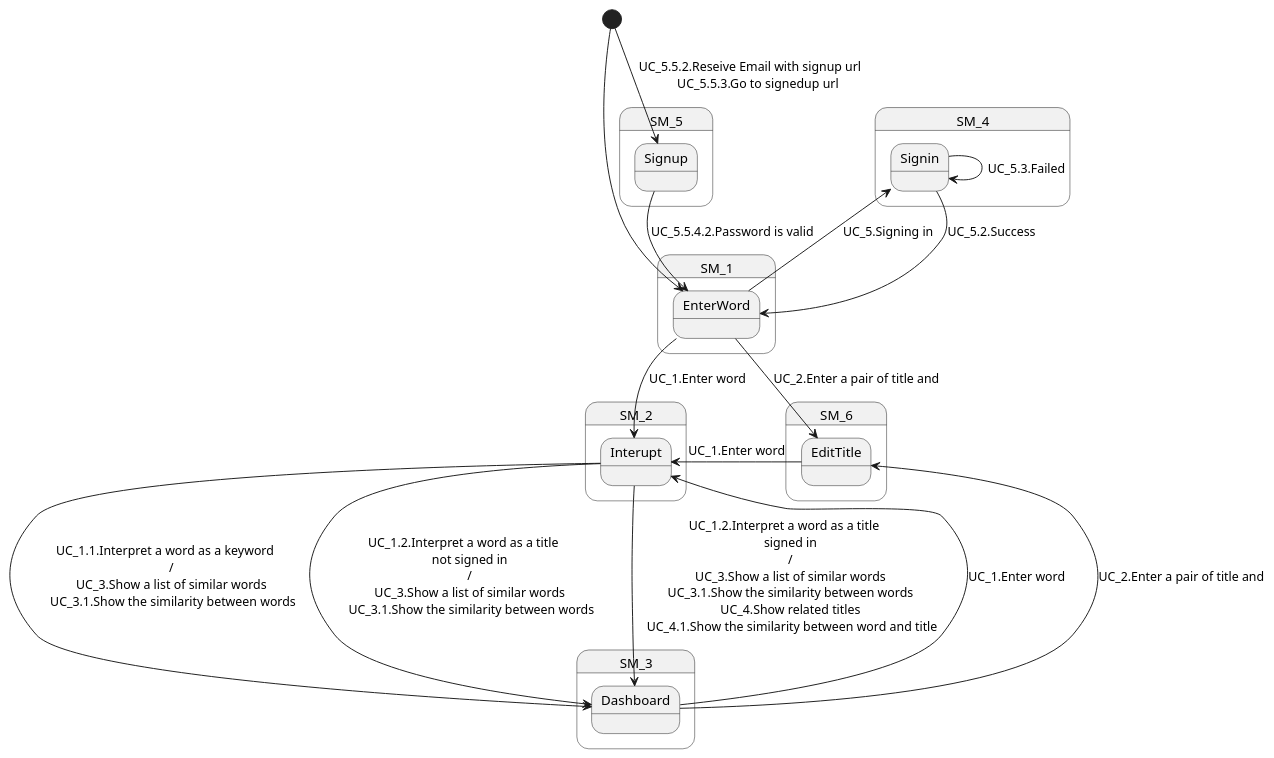
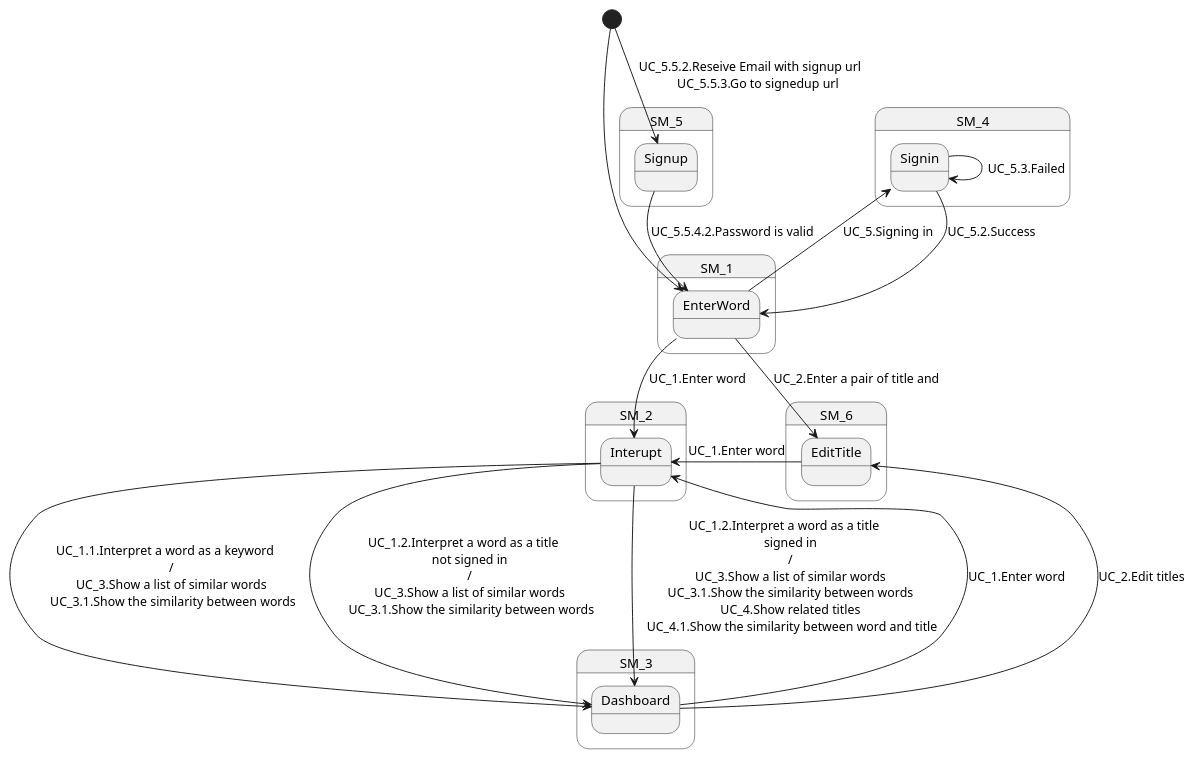
One commit to azarashin/Word2VecSOM changed the diagram in web/doc/state_chart/state.pu. Above: the diagram before and after it, drawn with PlantUML. The commit also changed 3 other files, not shown here.

Commit message:
update diagrams for editing title and keywords.

```diff
--- a/web/doc/state_chart/state.pu
+++ b/web/doc/state_chart/state.pu
@@ -1,46 +1,46 @@
 @startuml
 
 [*] --> SM_1.EnterWord
 [*] --> SM_5.Signup : \
     UC_5.5.2.Reseive Email with signup url \n\
     UC_5.5.3.Go to signedup url
 
 SM_1.EnterWord --> SM_2.Interupt : UC_1.Enter word
 SM_1.EnterWord -up-> SM_4.Signin : UC_5.Signing in
 SM_1.EnterWord --> SM_6.EditTitle : UC_2.Enter a pair of title and
 
 SM_2.Interupt --> SM_3.Dashboard : \
     UC_1.1.Interpret a word as a keyword \n\
     / \n\
     UC_3.Show a list of similar words \n\
     UC_3.1.Show the similarity between words
 
 SM_2.Interupt --> SM_3.Dashboard : \
     UC_1.2.Interpret a word as a title \n\
     not signed in \n\
     / \n\
     UC_3.Show a list of similar words \n\
     UC_3.1.Show the similarity between words
 
 SM_2.Interupt --> SM_3.Dashboard : \
     UC_1.2.Interpret a word as a title \n\
     signed in \n\
     / \n\
     UC_3.Show a list of similar words \n\
     UC_3.1.Show the similarity between words \n\
     UC_4.Show related titles \n\
     UC_4.1.Show the similarity between word and title
 
 
 
 SM_3.Dashboard --> SM_2.Interupt : UC_1.Enter word
-SM_3.Dashboard --> SM_6.EditTitle : UC_2.Enter a pair of title and
+SM_3.Dashboard --> SM_6.EditTitle : UC_2.Edit titles
 
 SM_4.Signin --> SM_1.EnterWord : UC_5.2.Success
 SM_4.Signin --> SM_4.Signin : UC_5.3.Failed
 
 SM_5.Signup --> SM_1.EnterWord : UC_5.5.4.2.Password is valid
 
 SM_6.EditTitle --> SM_2.Interupt : UC_1.Enter word
 
 @enduml
```
